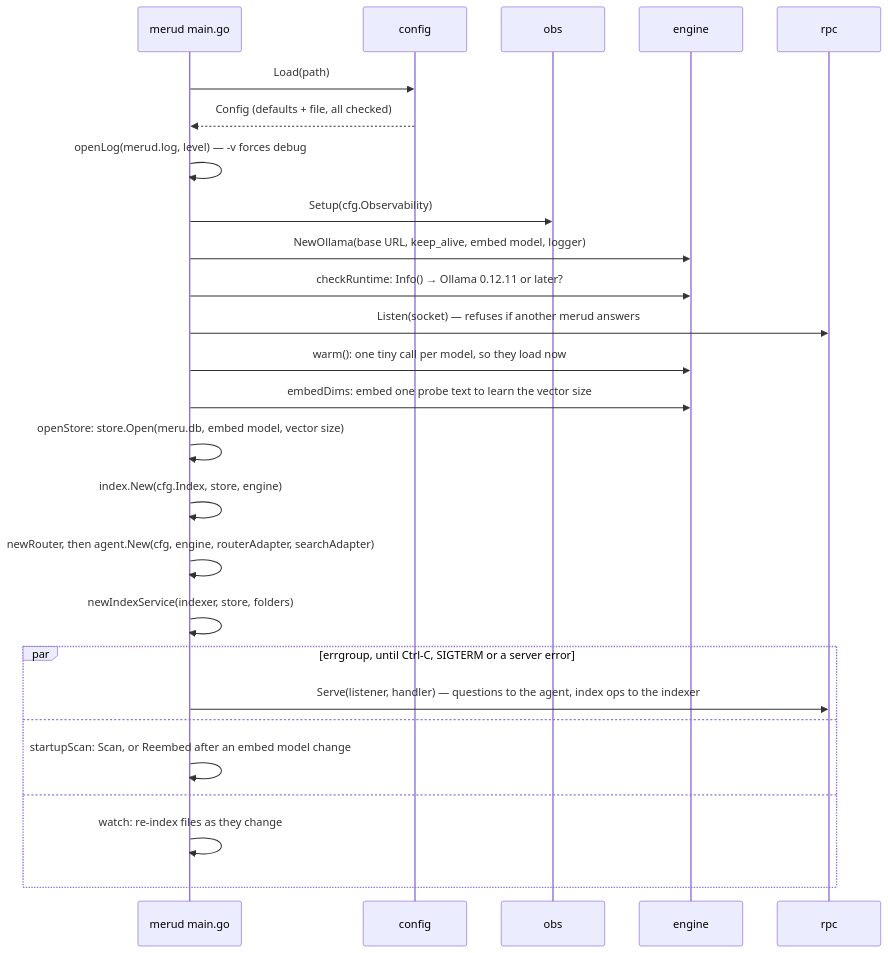
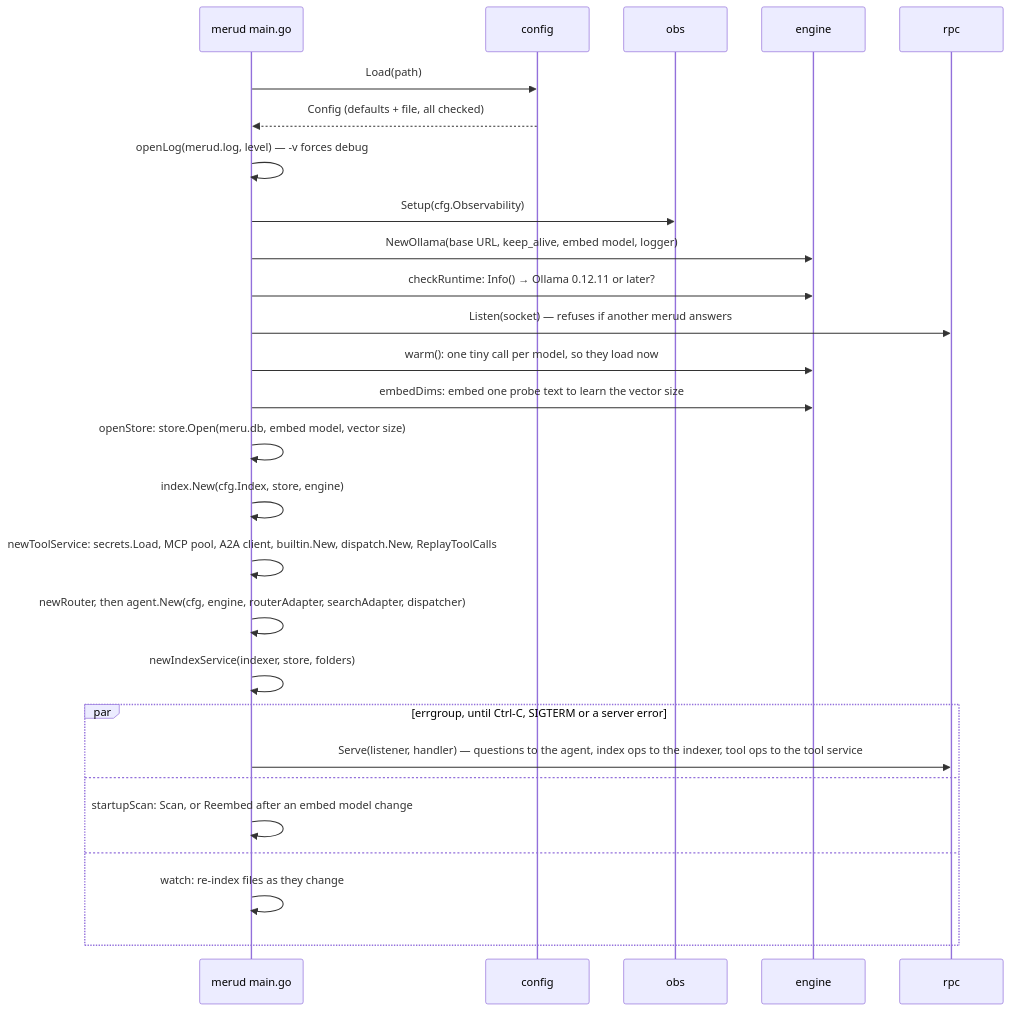
Before and after one commit to aarora79/meru: the second of 3 diagrams in docs/lld.md, drawn with Mermaid. The commit also changed other lines of this file and 11 other files, not shown here.

````diff
--- a/docs/lld.md
+++ b/docs/lld.md
@@ -247,29 +358,30 @@
 ```mermaid
 sequenceDiagram
     participant M as merud main.go
     participant C as config
     participant O as obs
     participant E as engine
     participant R as rpc
 
     M->>C: Load(path)
     C-->>M: Config (defaults + file, all checked)
     M->>M: openLog(merud.log, level) — -v forces debug
     M->>O: Setup(cfg.Observability)
     M->>E: NewOllama(base URL, keep_alive, embed model, logger)
     M->>E: checkRuntime: Info() → Ollama 0.12.11 or later?
     M->>R: Listen(socket) — refuses if another merud answers
     M->>E: warm(): one tiny call per model, so they load now
     M->>E: embedDims: embed one probe text to learn the vector size
     M->>M: openStore: store.Open(meru.db, embed model, vector size)
     M->>M: index.New(cfg.Index, store, engine)
-    M->>M: newRouter, then agent.New(cfg, engine, routerAdapter, searchAdapter)
+    M->>M: newToolService: secrets.Load, MCP pool, A2A client, builtin.New, dispatch.New, ReplayToolCalls
+    M->>M: newRouter, then agent.New(cfg, engine, routerAdapter, searchAdapter, dispatcher)
     M->>M: newIndexService(indexer, store, folders)
     par errgroup, until Ctrl-C, SIGTERM or a server error
-        M->>R: Serve(listener, handler) — questions to the agent, index ops to the indexer
+        M->>R: Serve(listener, handler) — questions to the agent, index ops to the indexer, tool ops to the tool service
     and
         M->>M: startupScan: Scan, or Reembed after an embed model change
     and
         M->>M: watch: re-index files as they change
     end
 ```
````
